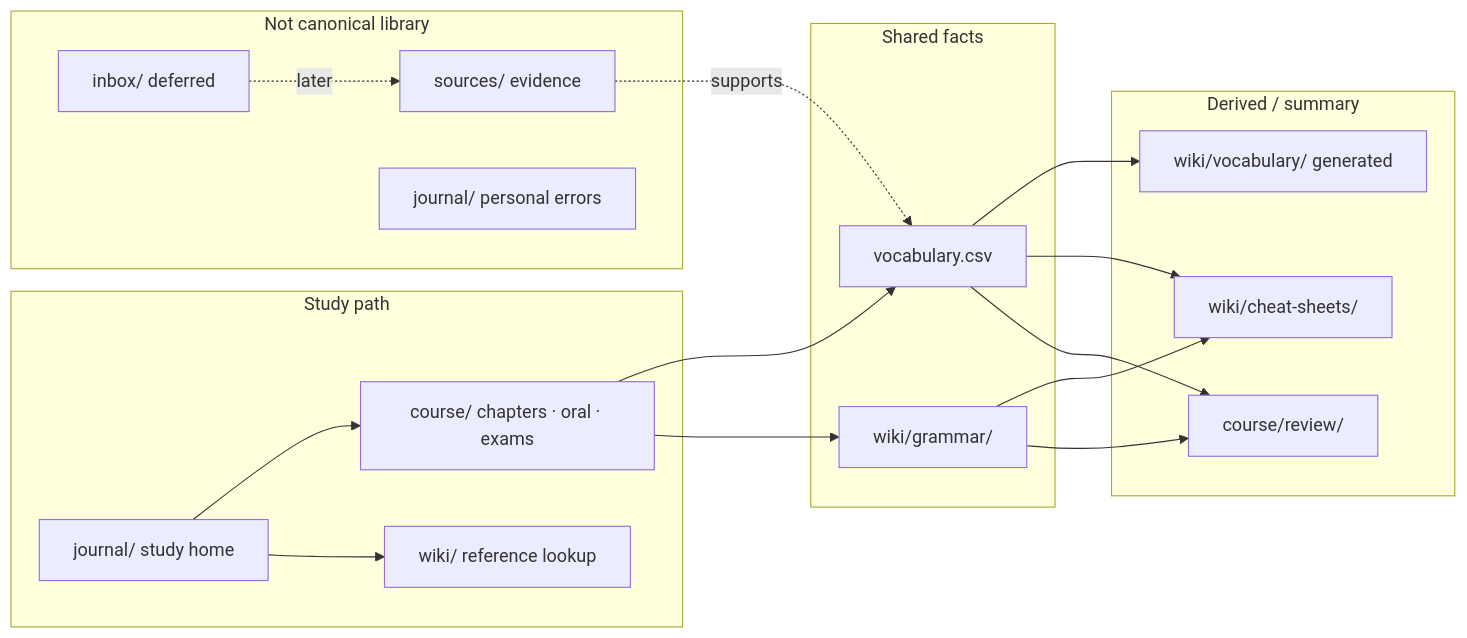
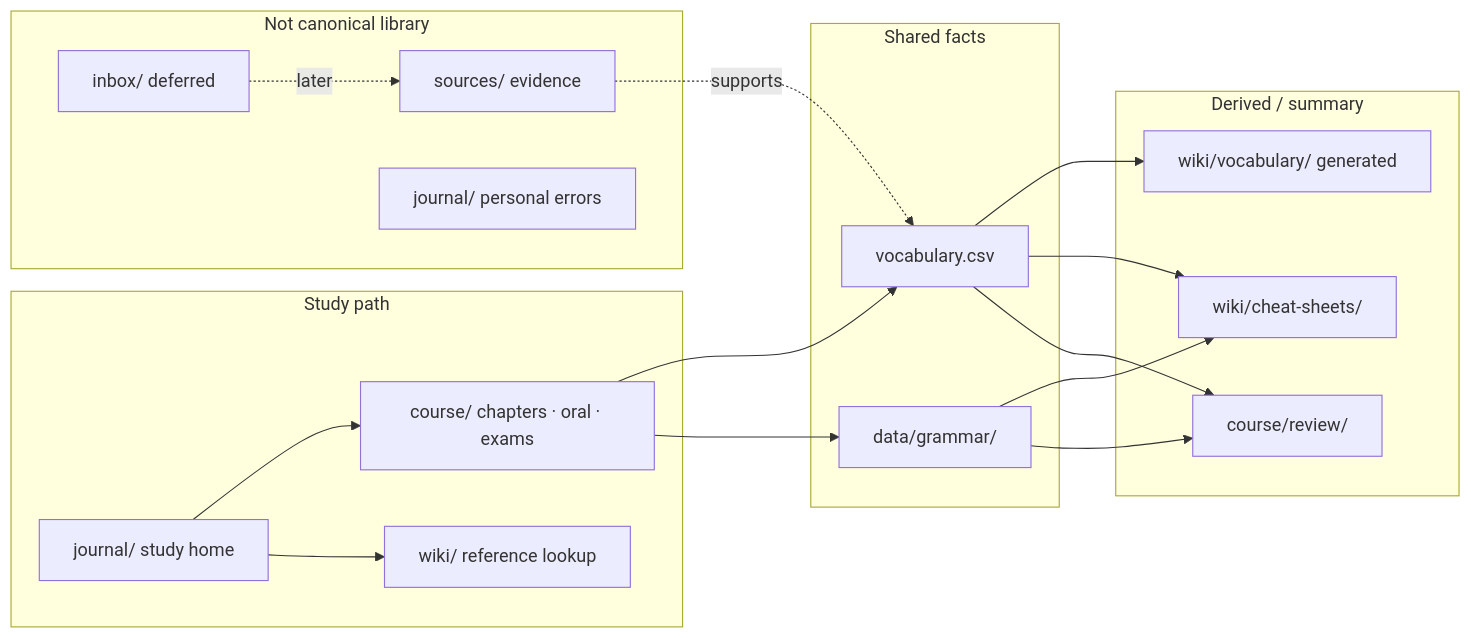
The sixth of 8 diagrams in docs/OVERVIEW.md (brickwalllegend2000/dutch-study), drawn with Mermaid before and after one commit. The commit also changed other lines of this file and 606 other files, not shown here.

First line of the commit message:
refactor(data): move vocabulary and grammar into data/

````diff
--- a/docs/OVERVIEW.md
+++ b/docs/OVERVIEW.md
@@ -180,33 +180,33 @@
 ```mermaid
 flowchart LR
   subgraph learn["Study path"]
     HOME["journal/ study home"]
     COURSE["course/ chapters · oral · exams"]
     WIKI["wiki/ reference lookup"]
   end
   subgraph facts["Shared facts"]
     CSV["vocabulary.csv"]
-    GRAM["wiki/grammar/"]
+    GRAM["data/grammar/"]
   end
   subgraph views["Derived / summary"]
     WV["wiki/vocabulary/ generated"]
     CS["wiki/cheat-sheets/"]
     RV["course/review/"]
   end
   subgraph not_canon["Not canonical library"]
     SRC["sources/ evidence"]
     IN["inbox/ deferred"]
     J2["journal/ personal errors"]
   end
   HOME --> COURSE
   HOME --> WIKI
   COURSE --> CSV
   COURSE --> GRAM
   CSV --> WV
   GRAM --> CS
   CSV --> CS
   GRAM --> RV
   CSV --> RV
   SRC -.->|supports| CSV
   IN -.->|later| SRC
 ```
````
